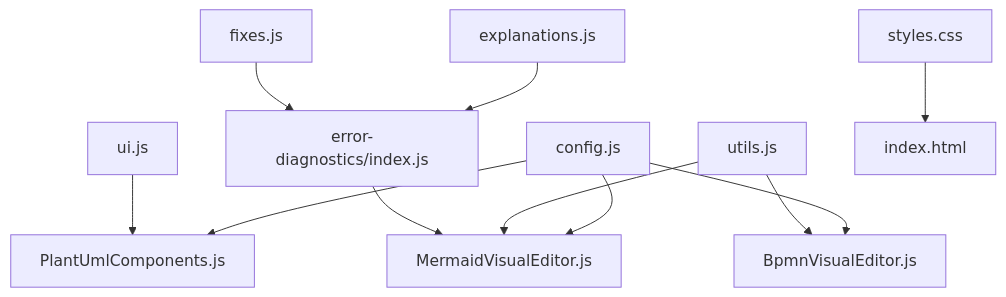
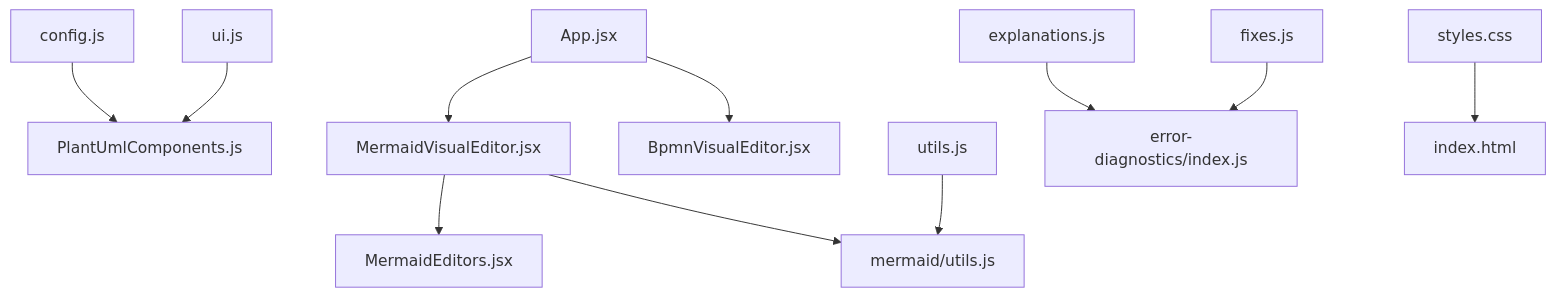
One commit to ongchonghian/universal-diagram-editor changed the third of 4 diagrams in .qoder/repowiki/en/content/Configuration and Customization.md. Above: the diagram before and after it, drawn with Mermaid. The commit also changed other lines of this file and 31 other files, not shown here.

````diff
--- a/.qoder/repowiki/en/content/Configuration and Customization.md
+++ b/.qoder/repowiki/en/content/Configuration and Customization.md
@@ -412,13 +395,14 @@
 ```mermaid
 graph TB
 CFG["config.js"] --> PU["PlantUmlComponents.js"]
-CFG --> MVE["MermaidVisualEditor.js"]
-CFG --> BVE["BpmnVisualEditor.js"]
-UTIL["utils.js"] --> MVE
-UTIL --> BVE
-ERR["error-diagnostics/index.js"] --> MVE
+APP["App.jsx"] --> MVE["MermaidVisualEditor.jsx"]
+APP --> BVE["BpmnVisualEditor.jsx"]
+MVE --> MED["MermaidEditors.jsx"]
+MVE --> MSC["mermaid/utils.js"]
+UTIL["utils.js"] --> MSC
+ERR["error-diagnostics/index.js"]
 EXPL["explanations.js"] --> ERR
 FIX["fixes.js"] --> ERR
 UI["ui.js"] --> PU
 CSS["styles.css"] --> HTML["index.html"]
 ```
````
